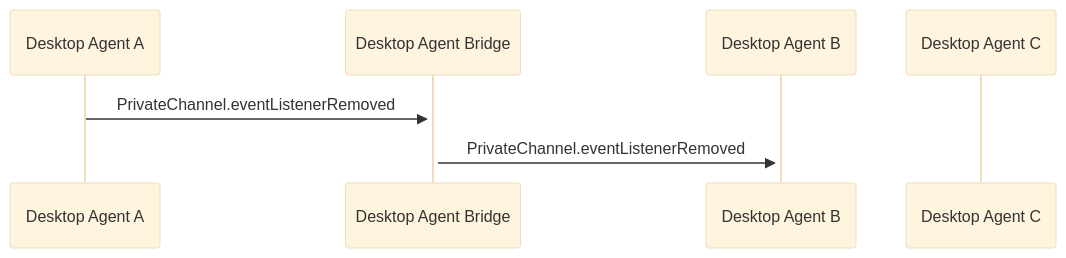
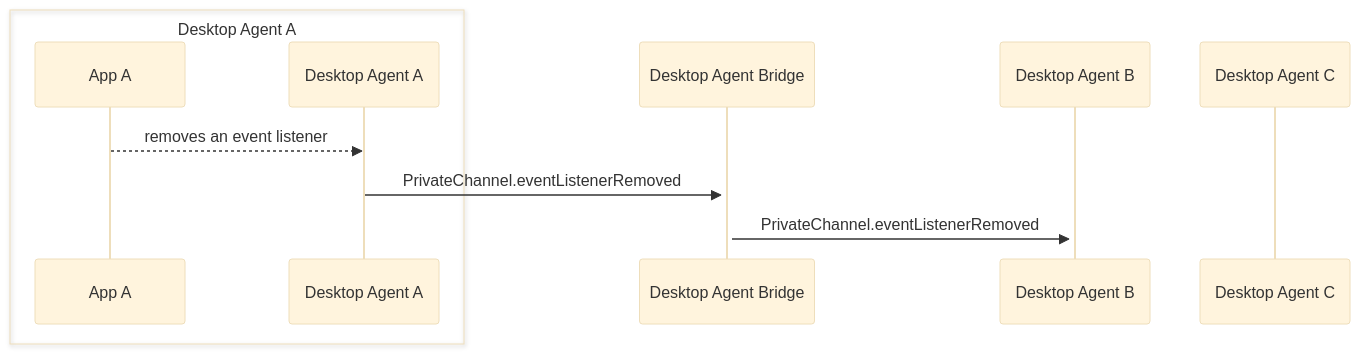
One commit to InteropIO/FDC3 changed the diagram in docs/agent-bridging/ref/PrivateChannel.eventListenerRemoved.md. Above: the diagram before and after it, drawn with Mermaid (base theme). The commit also changed 12 other files, not shown here.

Commit message:
Add the app to each reference page mermaid diagram to clarify how message exchanges work

````diff
--- a/docs/agent-bridging/ref/PrivateChannel.eventListenerRemoved.md
+++ b/docs/agent-bridging/ref/PrivateChannel.eventListenerRemoved.md
@@ -28,9 +28,13 @@
 ```mermaid
 sequenceDiagram
+    box Desktop Agent A
+    participant AA as App A
     participant DA as Desktop Agent A
+    end
     participant DAB as Desktop Agent Bridge
     participant DB as Desktop Agent B
     participant DC as Desktop Agent C
+    AA -->> DA: removes an event listener
     DA ->>+ DAB: PrivateChannel.eventListenerRemoved
     DAB ->>+ DB: PrivateChannel.eventListenerRemoved
 ```
````
